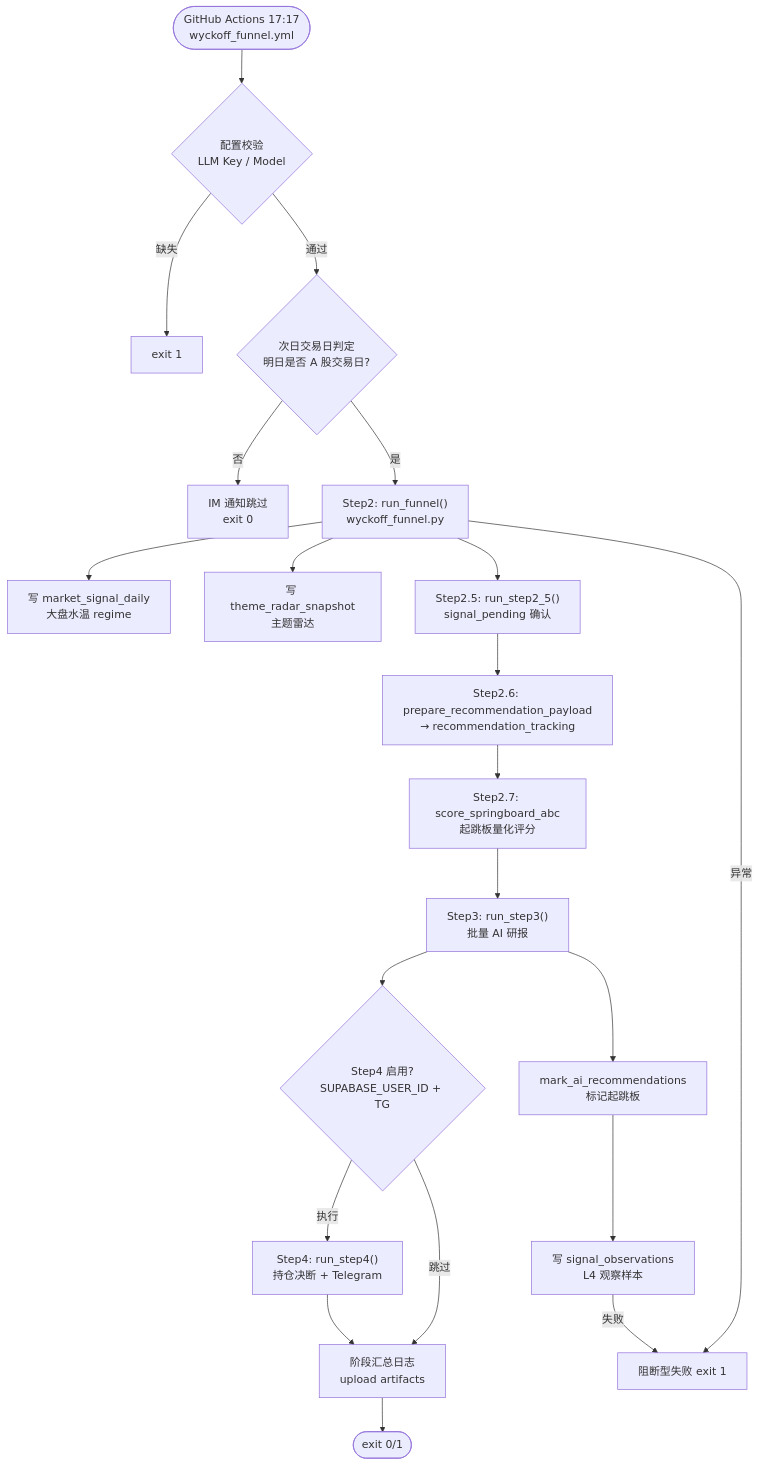
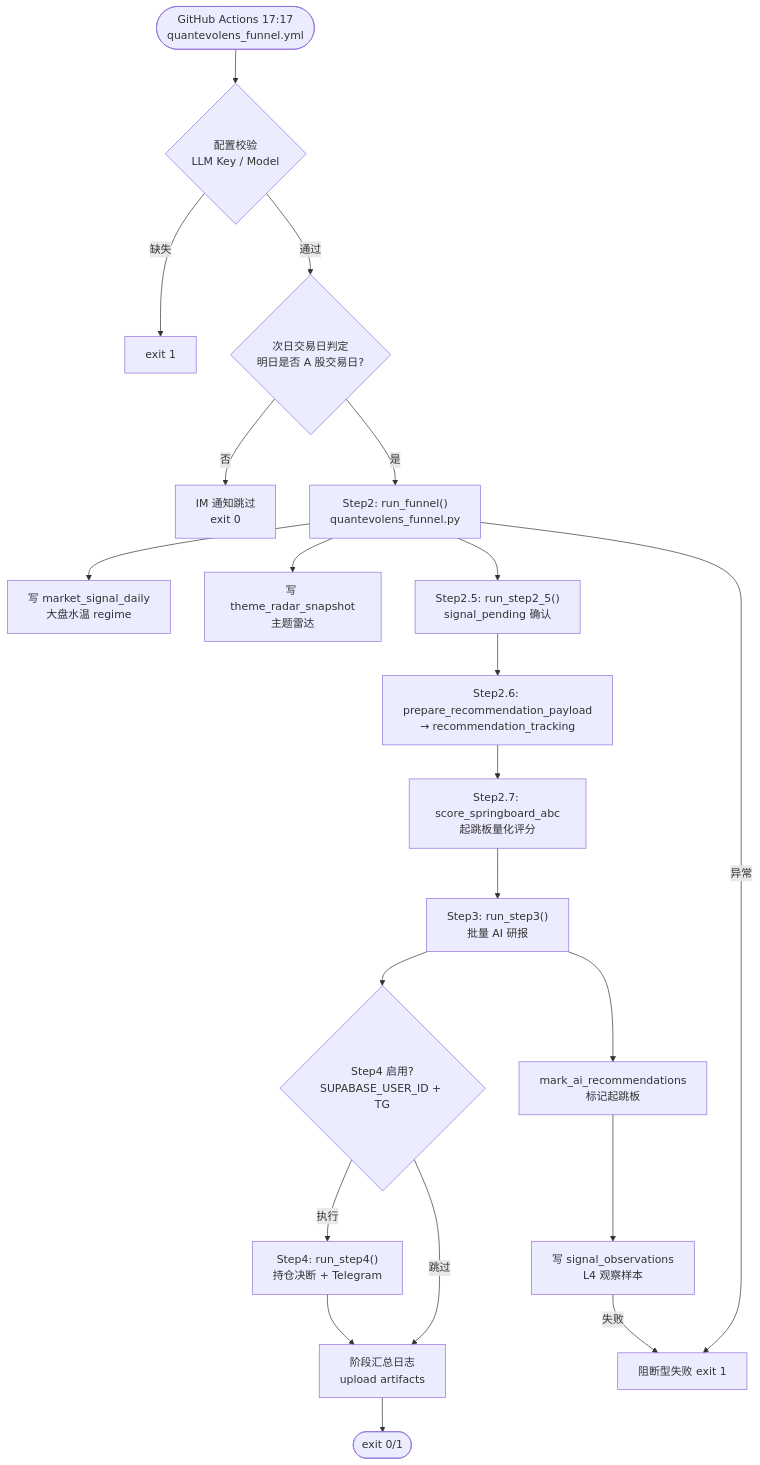
Before and after one commit to crystallatsyrc/wyckoff-agent-harness: the second of 7 diagrams in docs/A_SHARE_FUNNEL_FLOW.md, drawn with Mermaid. The commit also changed other lines of this file and 228 other files, not shown here.

````diff
--- a/docs/A_SHARE_FUNNEL_FLOW.md
+++ b/docs/A_SHARE_FUNNEL_FLOW.md
@@ -71,29 +71,29 @@
 ```mermaid
 flowchart TD
-    START(["GitHub Actions 17:17<br/>wyckoff_funnel.yml"]) --> CHECK1{"配置校验<br/>LLM Key / Model"}
+    START(["GitHub Actions 17:17<br/>quantevolens_funnel.yml"]) --> CHECK1{"配置校验<br/>LLM Key / Model"}
     CHECK1 -->|缺失| FAIL1["exit 1"]
     CHECK1 -->|通过| CHECK2{"次日交易日判定<br/>明日是否 A 股交易日?"}
     CHECK2 -->|否| SKIP["IM 通知跳过<br/>exit 0"]
     CHECK2 -->|是| STEP2
 
-    STEP2["Step2: run_funnel()<br/>wyckoff_funnel.py"] --> P1["写 market_signal_daily<br/>大盘水温 regime"]
+    STEP2["Step2: run_funnel()<br/>quantevolens_funnel.py"] --> P1["写 market_signal_daily<br/>大盘水温 regime"]
     STEP2 --> P2["写 theme_radar_snapshot<br/>主题雷达"]
     STEP2 --> S25
 
     S25["Step2.5: run_step2_5()<br/>signal_pending 确认"] --> S26
     S26["Step2.6: prepare_recommendation_payload<br/>→ recommendation_tracking"] --> S27
     S27["Step2.7: score_springboard_abc<br/>起跳板量化评分"] --> S3
 
     S3["Step3: run_step3()<br/>批量 AI 研报"] --> MARK["mark_ai_recommendations<br/>标记起跳板"]
     MARK --> OBS["写 signal_observations<br/>L4 观察样本"]
 
     S3 --> S4CHK{"Step4 启用?<br/>SUPABASE_USER_ID + TG"}
     S4CHK -->|跳过| SUM
     S4CHK -->|执行| S4
 
     S4["Step4: run_step4()<br/>持仓决断 + Telegram"] --> SUM
     SUM["阶段汇总日志<br/>upload artifacts"] --> END(["exit 0/1"])
 
     STEP2 -->|异常| BLOCK["阻断型失败 exit 1"]
     OBS -->|失败| BLOCK
 ```
````
